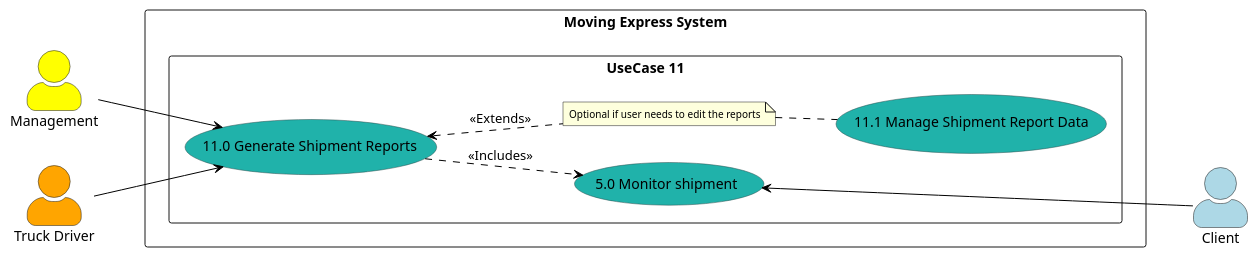
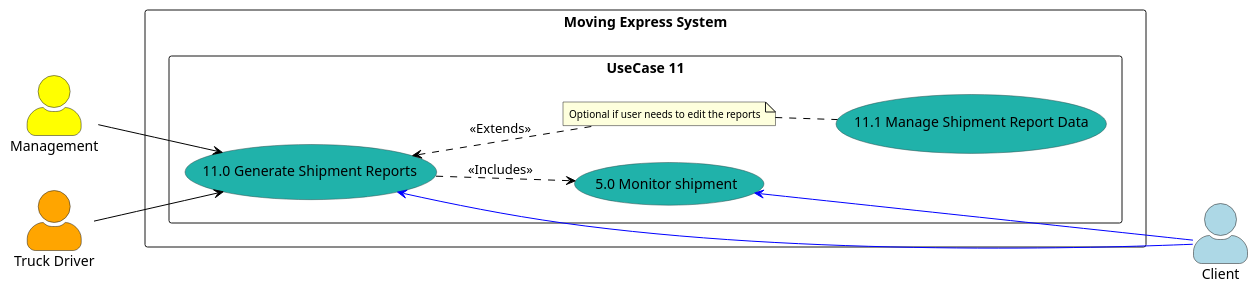
Before and after one commit to nic5694/MovingExpress: the diagram in Diagrams/UseCaseDiagrams/LoweLevel/UC11.puml, drawn with PlantUML. The commit also changed 1 other file, not shown here.

```diff
--- a/Diagrams/UseCaseDiagrams/LoweLevel/UC11.puml
+++ b/Diagrams/UseCaseDiagrams/LoweLevel/UC11.puml
@@ -1,45 +1,46 @@
 @startuml
 
 left to right direction
 skinparam actorStyle awesome
 
 skinparam note {
  FontSize 10
 }
 skinparam usecase {
    BackgroundColor DarkSeaGreen
    BorderColor DarkSlateGray
    ArrowColor Black
    ActorBorderColor black
    ActorFontName Courier
    ActorBackgroundColor<< Human >> Gold
 }
 
 actor Management as "Management" #Yellow
 actor "Truck Driver" as VanDriver #Orange
 actor Client as "Client" #LightBlue
 
 
 rectangle "Moving Express System" {
    rectangle "UseCase 11" {
      usecase "5.0 Monitor shipment" as UC5 #LightSeaGreen
      usecase "11.0 Generate Shipment Reports" as UC11 #LightSeaGreen
      usecase "11.1 Manage Shipment Report Data" as UC11_1 #LightSeaGreen
 
 
      note "Optional if user needs to edit the reports" as N2
 
    }
 }
 
 
+Client --[#Blue]-> UC11
 Management --> UC11
 VanDriver --> UC11
-UC5 <--- Client
+UC5 <-[#Blue]-- Client
 
 UC11 ..> UC5 : <<Includes>>
 
 UC11 <.. N2 : <<Extends>>
 N2 .. (UC11_1)
 
 @enduml
```
